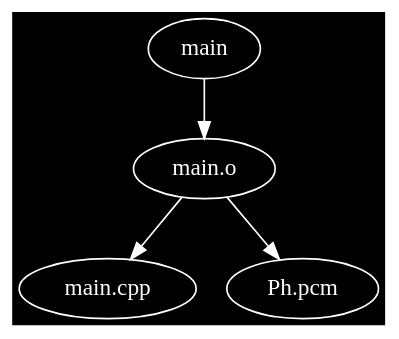
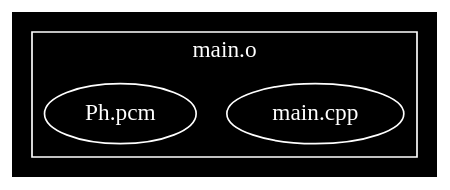
Before and after one commit to phiwen96/ph: the second of 10 diagrams in README.md, drawn with Graphviz. The commit also changed other lines of this file, not shown here.

````diff
--- a/README.md
+++ b/README.md
@@ -111,16 +111,16 @@
 ```graphviz
-digraph file_dependencies 
+digraph G 
 {
-	graph [bgcolor=black]
-	node [fillcolor=black style=filled color=white fontcolor=white]
-	edge [color=white fontcolor=white]
+	compound=true;
+	graph [bgcolor=black fontcolor=white color=white];
+	node [fillcolor=black style=filled color=white fontcolor=white];
+	edge [color=white fontcolor=white];
 
-	"main" -> "main.o"
-
-	"main.o" -> "main.cpp"
-	"main.o" -> "Ph.pcm"
-	
-	
-	
+	subgraph cluster0 
+	{
+		label = "main.o"
+		"main.cpp"
+		"Ph.pcm"
+	}
 }
 ```
````
